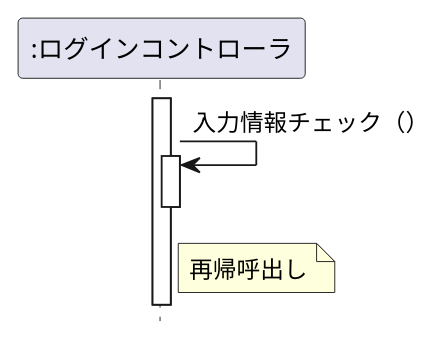
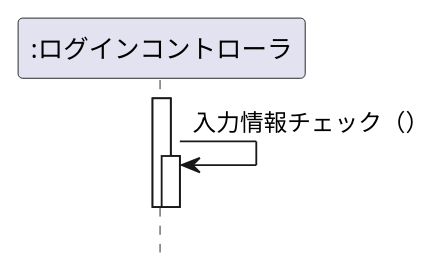
The diagram in 図4-5 再帰呼出し.pu (hosokawa3217/uml-exercises), drawn with PlantUML before and after one commit. The commit also changed 20 other files, not shown here.

```diff
--- a/図4-5 再帰呼出し.pu
+++ b/図4-5 再帰呼出し.pu
@@ -1,13 +1,13 @@
-@startuml
+@startuml 再帰呼出し
  hide footbox
 participant ":ログインコントローラ" as control
 
 activate control
     control -> control: 入力情報チェック（）
     activate control
-    ' deactivate control
-note right of control : 再帰呼出し
+    deactivate control
+    ' note right of control : 再帰呼出し
 
 deactivate control
 
 @enduml
```
